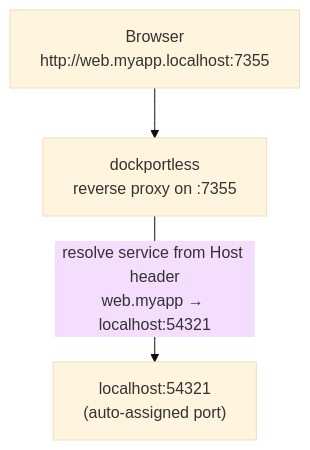
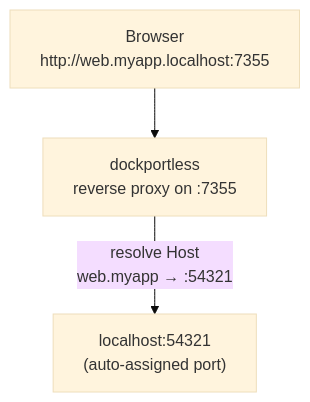
One commit to mazrean/dockportless changed the diagram in README.md. Above: the diagram before and after it, drawn with Mermaid (base theme).

Commit message:
docs: shorten mermaid edge label to prevent wrapping

````diff
--- a/README.md
+++ b/README.md
@@ -169,5 +169,5 @@
 ```mermaid
 flowchart TD
     A["Browser<br/>http://web.myapp.localhost:7355"] --> B["dockportless<br/>reverse proxy on :7355"]
-    B -- "resolve service from Host header<br/>web.myapp → localhost:54321" --> C["localhost:54321<br/>(auto-assigned port)"]
+    B -- "resolve Host<br/>web.myapp → :54321" --> C["localhost:54321<br/>(auto-assigned port)"]
 ```
````
